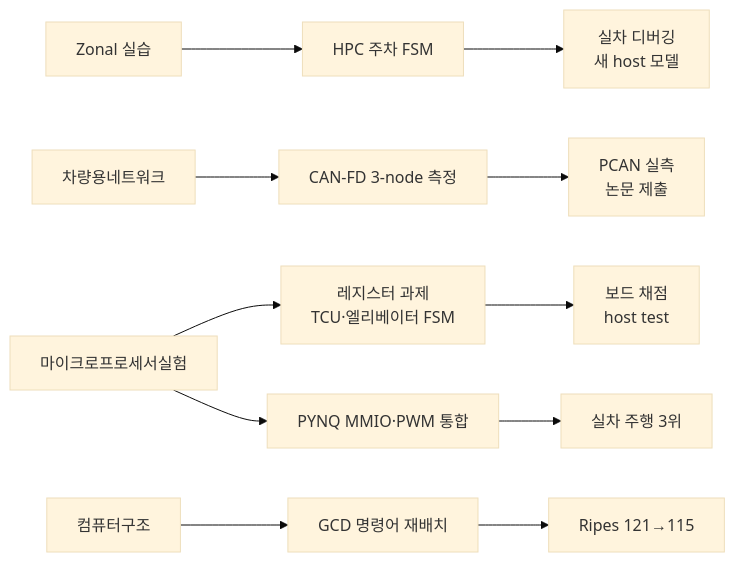
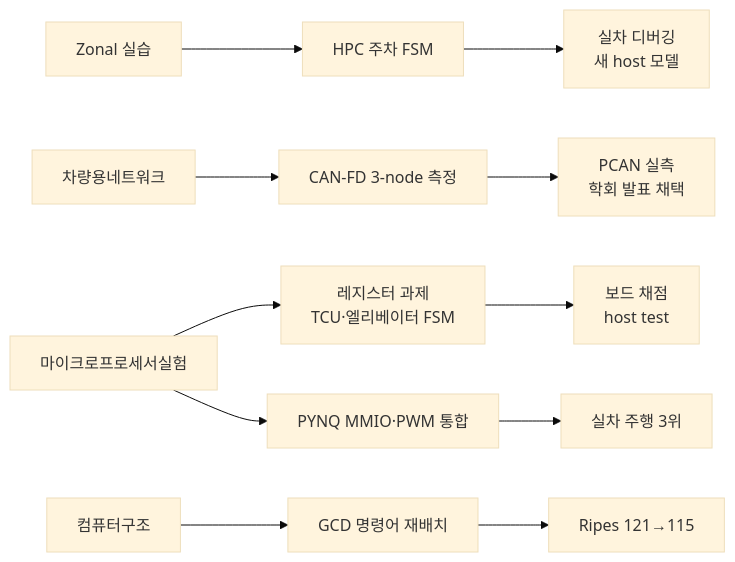
Before and after one commit to choiYhunn/choiYhunn: the diagram in README.md, drawn with Mermaid (base theme). The commit also changed other lines of this file and 2 other files, not shown here.

Commit message:
Update CAN-FD paper status to accepted for KSAE presentation (#18)
* docs: record KSAE acceptance and planned first-author presentation

* docs: record KSAE acceptance and planned first-author presentation

* docs: record KSAE acceptance and planned first-author presentation

````diff
--- a/README.md
+++ b/README.md
@@ -44,8 +44,8 @@
 ```mermaid
 flowchart LR
     ZE["Zonal 실습"] --> HP["HPC 주차 FSM"] --> HV["실차 디버깅<br/>새 host 모델"]
-    VN["차량용네트워크"] --> CF["CAN-FD 3-node 측정"] --> CFV["PCAN 실측<br/>논문 제출"]
+    VN["차량용네트워크"] --> CF["CAN-FD 3-node 측정"] --> CFV["PCAN 실측<br/>학회 발표 채택"]
     ML["마이크로프로세서실험"] --> WL["레지스터 과제<br/>TCU·엘리베이터 FSM"] --> WLV["보드 채점<br/>host test"]
     ML --> PQ["PYNQ MMIO·PWM 통합"] --> PQV["실차 주행 3위"]
     CA["컴퓨터구조"] --> RV["GCD 명령어 재배치"] --> RVV["Ripes 121→115"]
 ```
````
